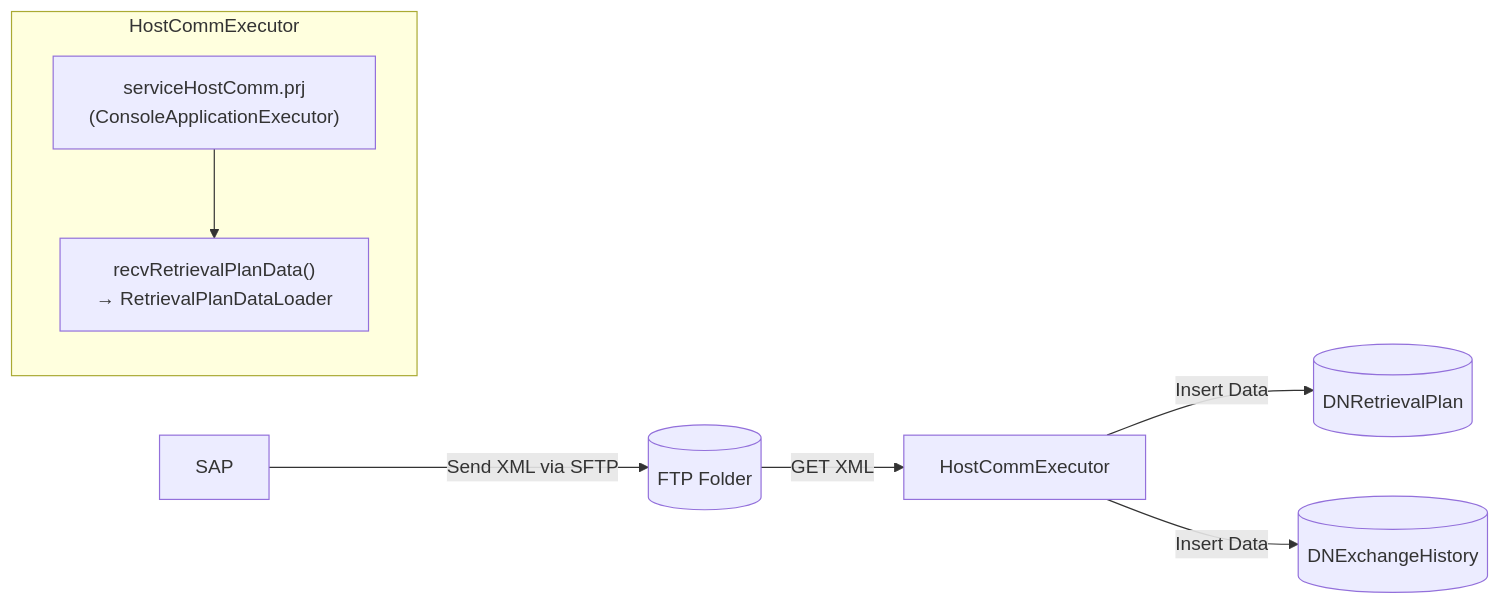
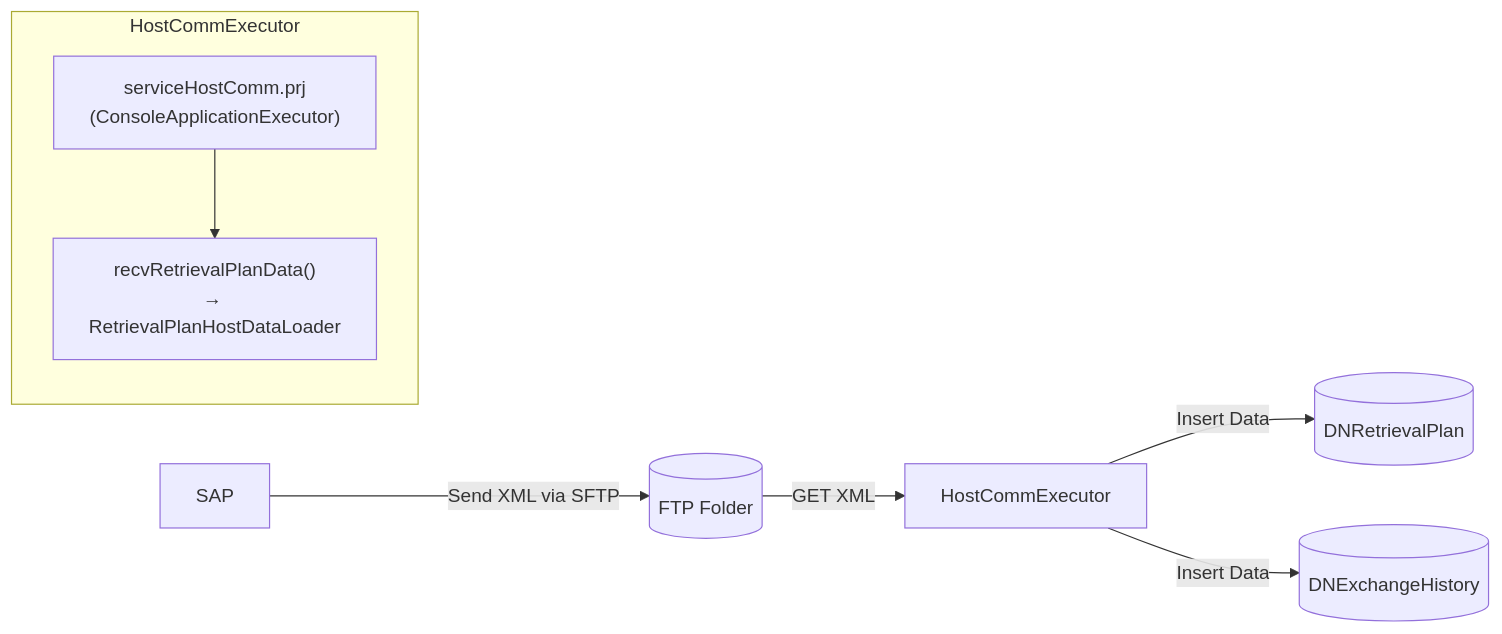
Before and after one commit to luthfiadityaa/SimeDarby-Wiki: the diagram in Basic-Design/Host-Interfaces/Planned-Retrieval.md, drawn with Mermaid.

Commit message:
Updated Planned Retrieval

```diff
--- a/Basic-Design/Host-Interfaces/Planned-Retrieval.md
+++ b/Basic-Design/Host-Interfaces/Planned-Retrieval.md
@@ -11,13 +11,13 @@
 ::: mermaid
 flowchart LR
     A[SAP] -->|Send XML via SFTP| B[(FTP Folder)]
     B -->|GET XML| C[HostCommExecutor]
     C -->|Insert Data| E[(DNRetrievalPlan)]
     C -->|Insert Data| F[(DNExchangeHistory)]
 
     subgraph HostCommExecutor
         C1["serviceHostComm.prj<br>(ConsoleApplicationExecutor)"]
-        C2["recvRetrievalPlanData()<br>→ RetrievalPlanDataLoader"]
+        C2["recvRetrievalPlanData()<br>→ RetrievalPlanHostDataLoader"]
         C1 --> C2
     end
 :::
```
